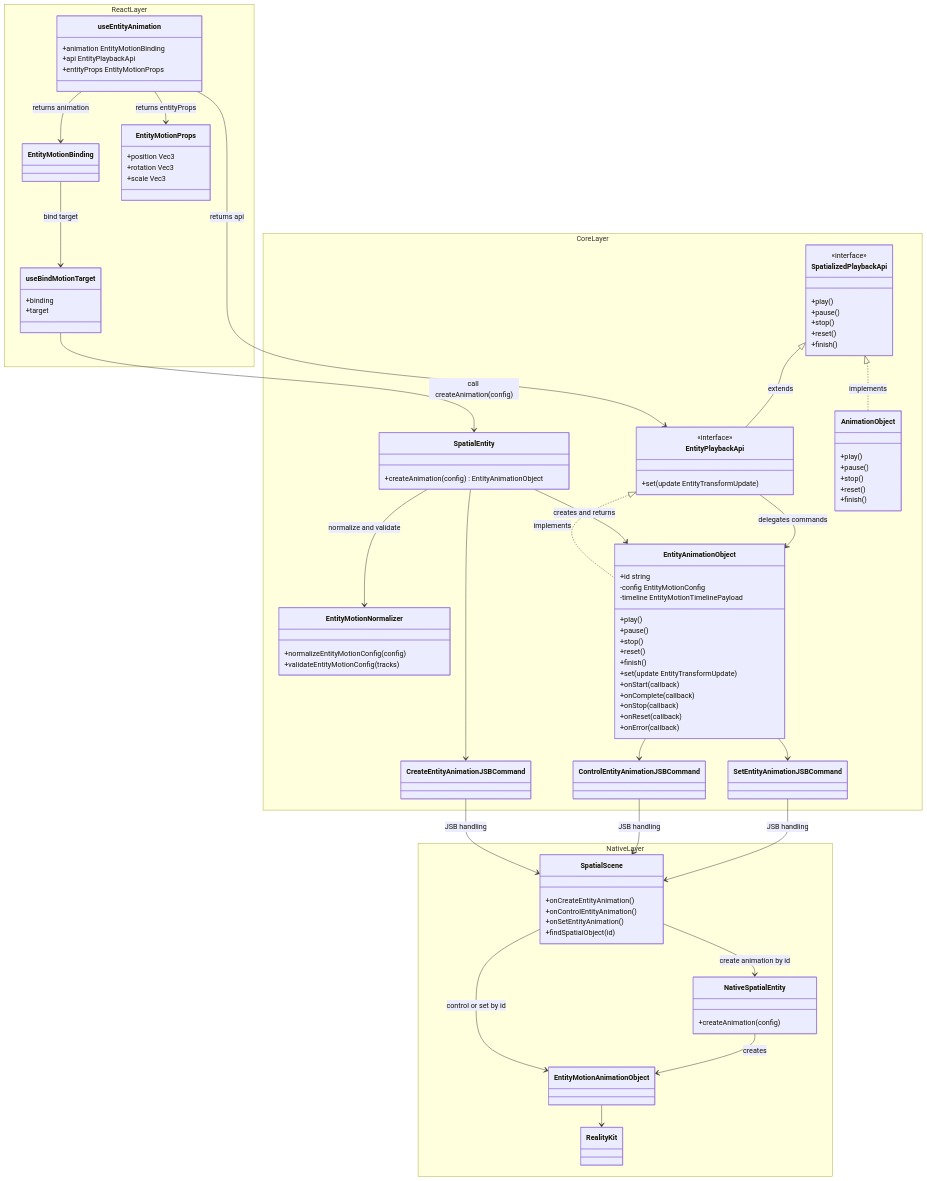
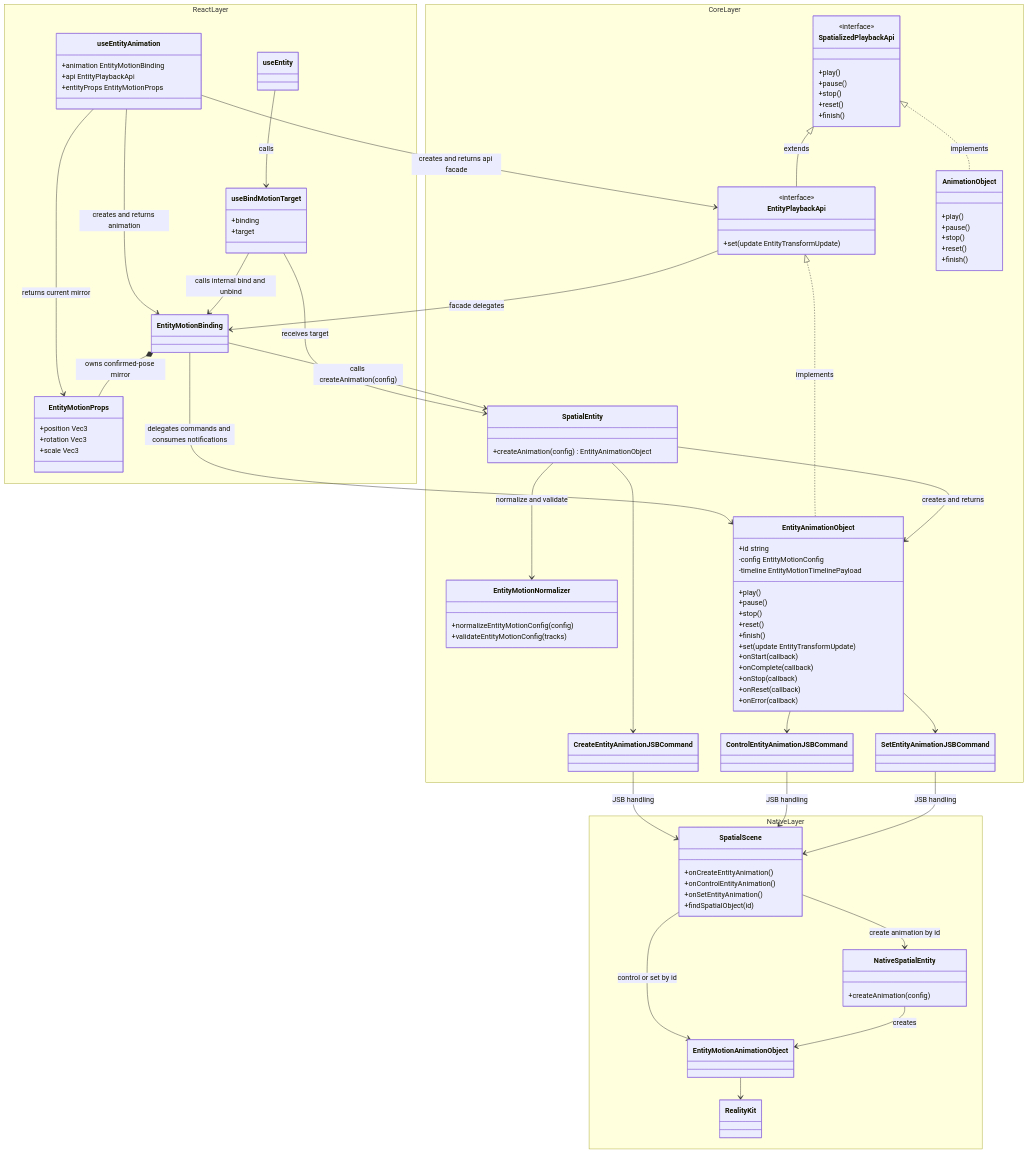
One commit to webspatial/webspatial-sdk changed the second of 14 diagrams in openspec/changes/redesign-entity-motion-api/design.md. Above: the diagram before and after it, drawn with Mermaid. The commit also changed other lines of this file and 1 other file, not shown here.

Commit message:
docs: clarify entity motion React object roles

```diff
--- a/openspec/changes/redesign-entity-motion-api/design.md
+++ b/openspec/changes/redesign-entity-motion-api/design.md
@@ -194,6 +194,7 @@
             +api EntityPlaybackApi
             +entityProps EntityMotionProps
         }
+        class useEntity
         class EntityMotionBinding
         class EntityMotionProps {
             +position Vec3
@@ -265,17 +266,21 @@
         class EntityMotionAnimationObject
         class RealityKit
     }
-    useEntityAnimation --> EntityMotionBinding : returns animation
-    useEntityAnimation --> EntityPlaybackApi : returns api
-    useEntityAnimation --> EntityMotionProps : returns entityProps
-    EntityMotionBinding --> useBindMotionTarget : bind target
-    useBindMotionTarget --> SpatialEntity : call createAnimation(config)
+    useEntityAnimation --> EntityMotionBinding : creates and returns animation
+    useEntityAnimation --> EntityPlaybackApi : creates and returns api facade
+    useEntityAnimation --> EntityMotionProps : returns current mirror
+    EntityMotionBinding *-- EntityMotionProps : owns confirmed-pose mirror
+    useEntity --> useBindMotionTarget : calls
+    useBindMotionTarget --> EntityMotionBinding : calls internal bind and unbind
+    useBindMotionTarget --> SpatialEntity : receives target
+    EntityPlaybackApi --> EntityMotionBinding : facade delegates
+    EntityMotionBinding --> SpatialEntity : calls createAnimation(config)
+    EntityMotionBinding --> EntityAnimationObject : delegates commands and consumes notifications
     SpatialEntity --> EntityMotionNormalizer : normalize and validate
     SpatializedPlaybackApi <|-- EntityPlaybackApi : extends
     SpatializedPlaybackApi <|.. AnimationObject : implements
     EntityPlaybackApi <|.. EntityAnimationObject : implements
     SpatialEntity --> EntityAnimationObject : creates and returns
-    EntityPlaybackApi --> EntityAnimationObject : delegates commands
     SpatialEntity --> CreateEntityAnimationJSBCommand
     EntityAnimationObject --> ControlEntityAnimationJSBCommand
     EntityAnimationObject --> SetEntityAnimationJSBCommand
```
